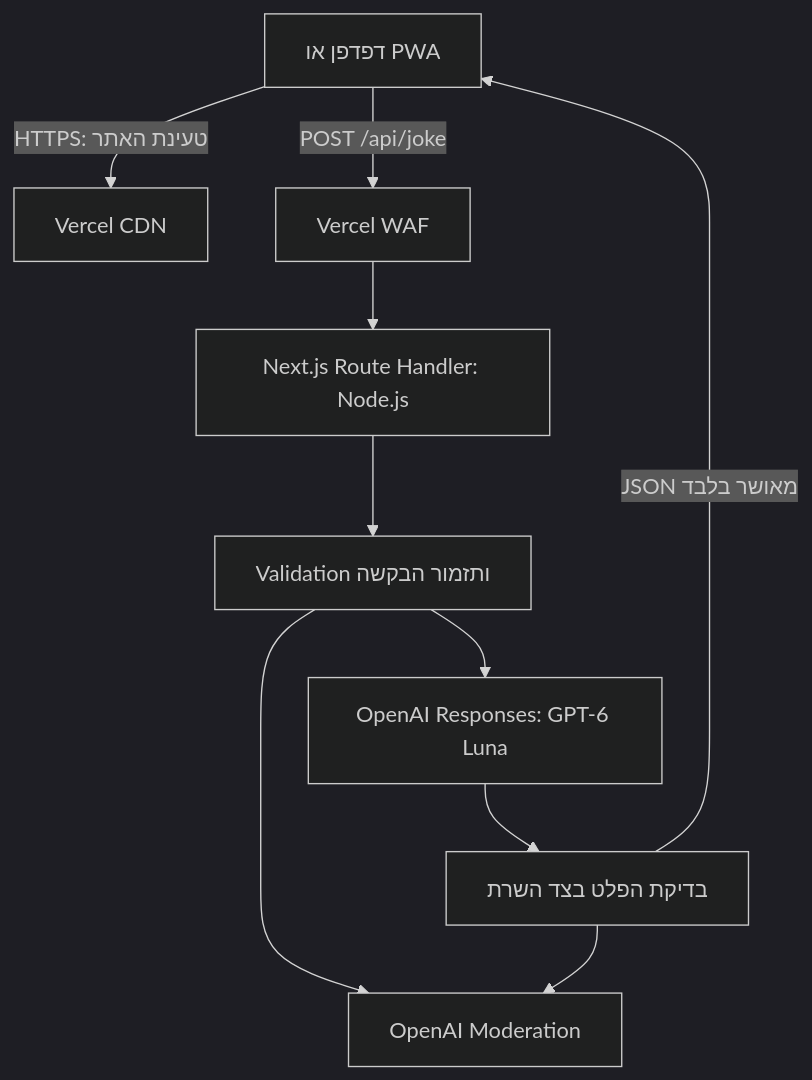
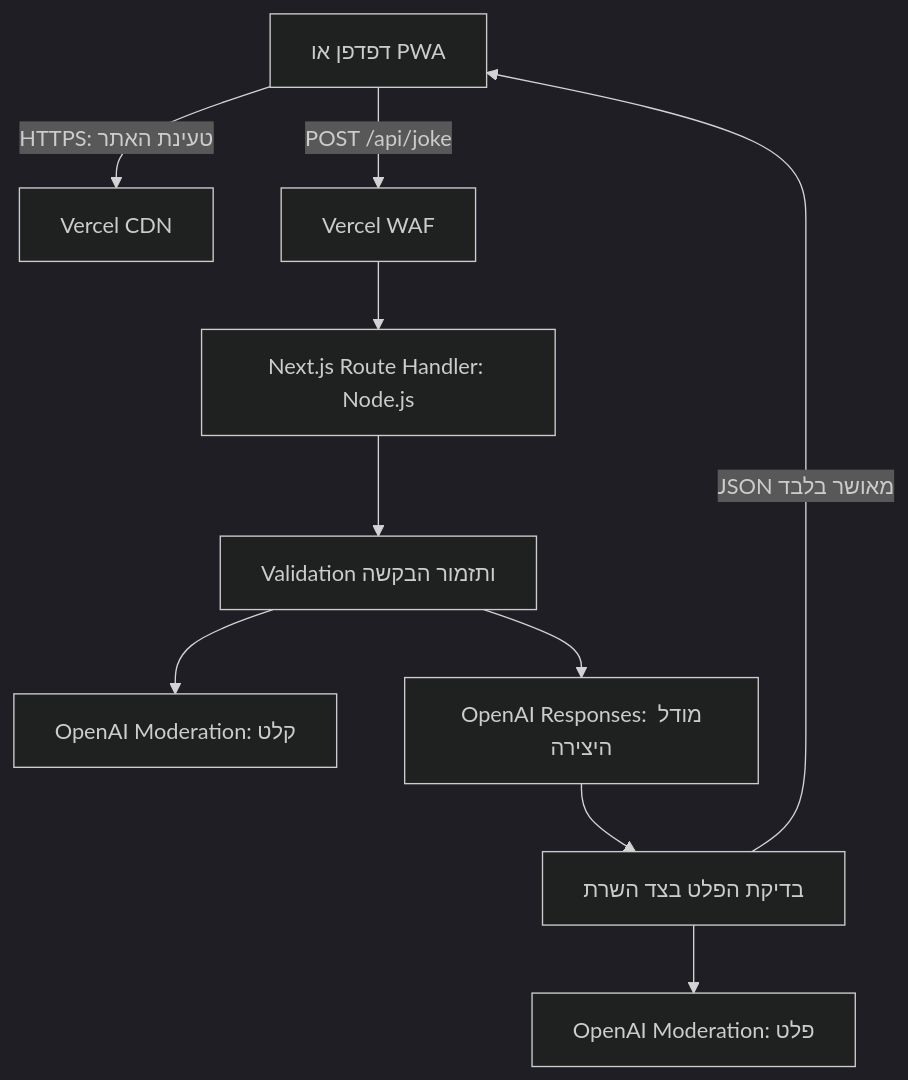
One commit to sagit239/joke changed the diagram in spec/ARCHITECTURE.md. Above: the diagram before and after it, drawn with Mermaid (dark theme). The commit also changed other lines of this file and 30 other files, not shown here.

````diff
--- a/spec/ARCHITECTURE.md
+++ b/spec/ARCHITECTURE.md
@@ -55,12 +58,12 @@
 ```mermaid
 flowchart TD
     U[דפדפן או PWA] -->|HTTPS: טעינת האתר| CDN[Vercel CDN]
     U -->|POST /api/joke| WAF[Vercel WAF]
     WAF --> API[Next.js Route Handler: Node.js]
     API --> V[Validation ותזמור הבקשה]
-    V --> M[OpenAI Moderation]
-    V --> G[OpenAI Responses: GPT-6 Luna]
+    V --> M[OpenAI Moderation: קלט]
+    V --> G[OpenAI Responses: מודל היצירה]
     G --> C[בדיקת הפלט בצד השרת]
-    C --> M
+    C --> M2[OpenAI Moderation: פלט]
     C -->|JSON מאושר בלבד| U
 ```
````
